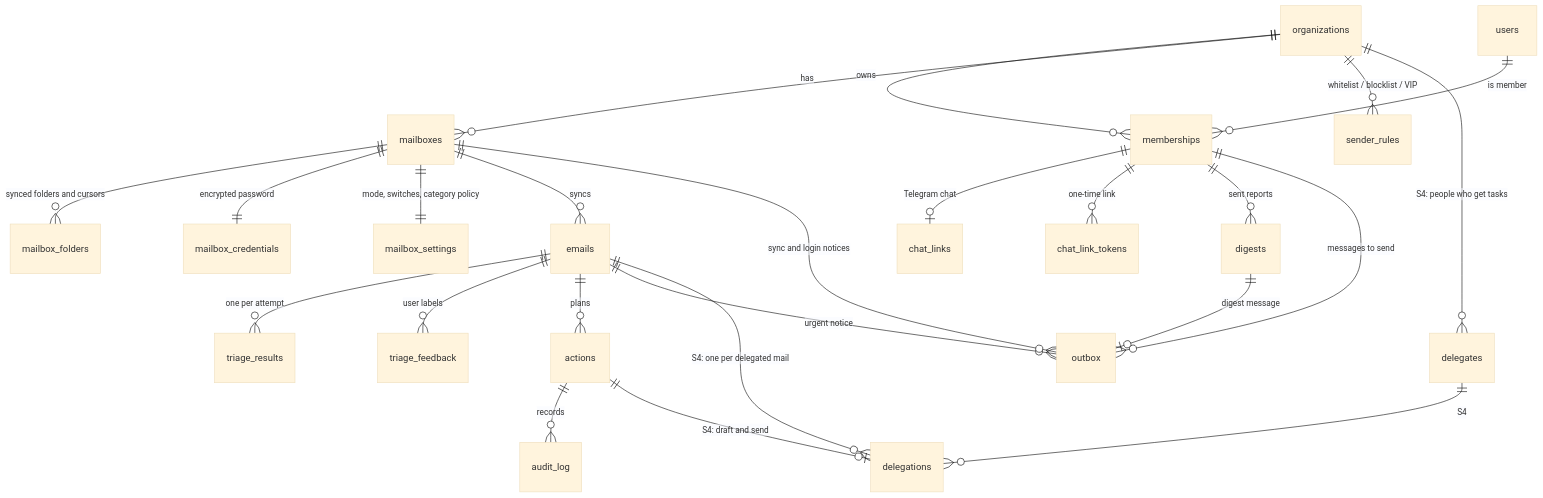
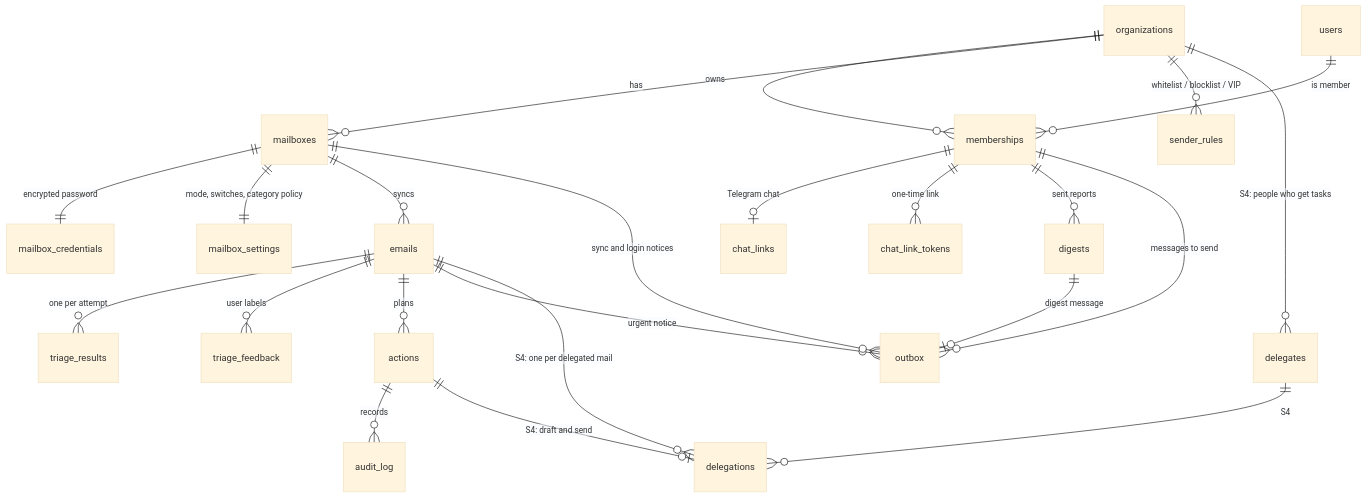
One commit to Artexs/email_assistant changed the fourth of 4 diagrams in docs/architecture.md. Above: the diagram before and after it, drawn with Mermaid (base theme). The commit also changed other lines of this file and 126 other files, not shown here.

````diff
--- a/docs/architecture.md
+++ b/docs/architecture.md
@@ -404,26 +395,25 @@
 ```mermaid
 erDiagram
     organizations ||--o{ memberships : has
     users ||--o{ memberships : "is member"
     organizations ||--o{ mailboxes : owns
-    mailboxes ||--o{ mailbox_folders : "synced folders and cursors"
     mailboxes ||--|| mailbox_credentials : "encrypted password"
     mailboxes ||--|| mailbox_settings : "mode, switches, category policy"
     organizations ||--o{ sender_rules : "whitelist / blocklist / VIP"
     mailboxes ||--o{ emails : syncs
     emails ||--o{ triage_results : "one per attempt"
     emails ||--o{ triage_feedback : "user labels"
     emails ||--o{ actions : plans
     actions ||--o{ audit_log : records
     memberships ||--o| chat_links : "Telegram chat"
     memberships ||--o{ chat_link_tokens : "one-time link"
     memberships ||--o{ digests : "sent reports"
     memberships ||--o{ outbox : "messages to send"
     digests ||--o| outbox : "digest message"
     emails ||--o{ outbox : "urgent notice"
     mailboxes ||--o{ outbox : "sync and login notices"
     organizations ||--o{ delegates : "S4: people who get tasks"
     emails ||--o{ delegations : "S4: one per delegated mail"
     delegates ||--o{ delegations : "S4"
     actions ||--o| delegations : "S4: draft and send"
 ```
````
